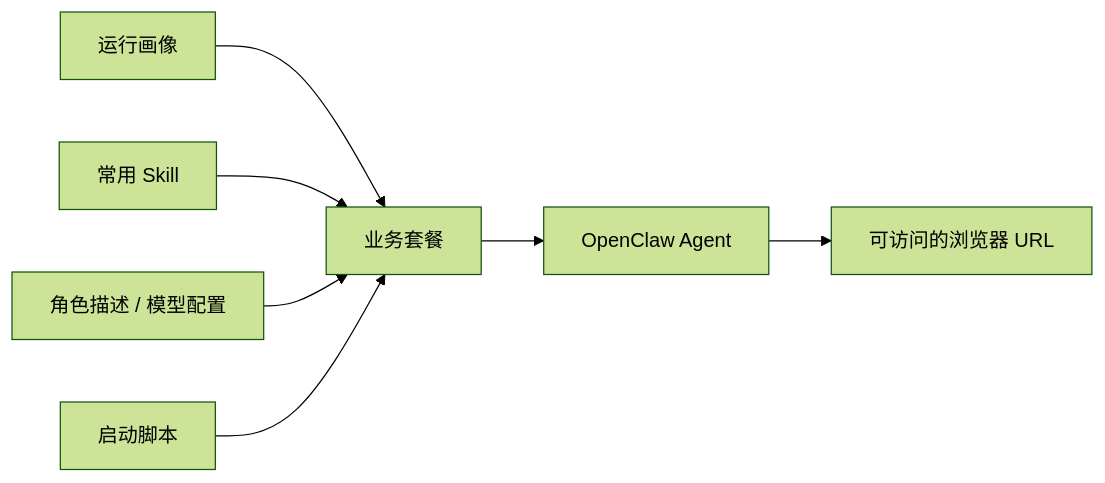
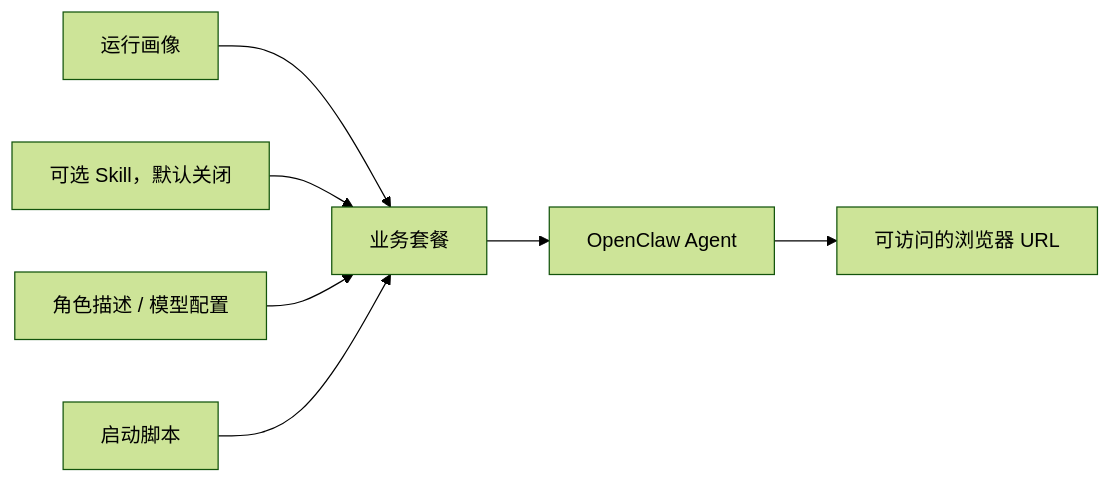
One commit to TencentCloudAgentRuntime/ags-cookbook changed the diagram in examples/agentway-cookbook/openclaw-browser-on-TencentAGS/02-create-openclaw-browser-agent.md. Above: the diagram before and after it, drawn with Mermaid (forest theme). The commit also changed other lines of this file and 35 other files, not shown here.

````diff
--- a/examples/agentway-cookbook/openclaw-browser-on-TencentAGS/02-create-openclaw-browser-agent.md
+++ b/examples/agentway-cookbook/openclaw-browser-on-TencentAGS/02-create-openclaw-browser-agent.md
@@ -63,13 +40,13 @@
 ```mermaid
 flowchart LR
     Profile[运行画像]
-    Skills[常用 Skill]
+    Skills[可选 Skill，默认关闭]
     Files[角色描述 / 模型配置]
     Boot[启动脚本]
     Profile --> Template[业务套餐]
     Skills --> Template
     Files --> Template
     Boot --> Template
     Template --> Agent[OpenClaw Agent]
     Agent --> URL[可访问的浏览器 URL]
 ```
````
